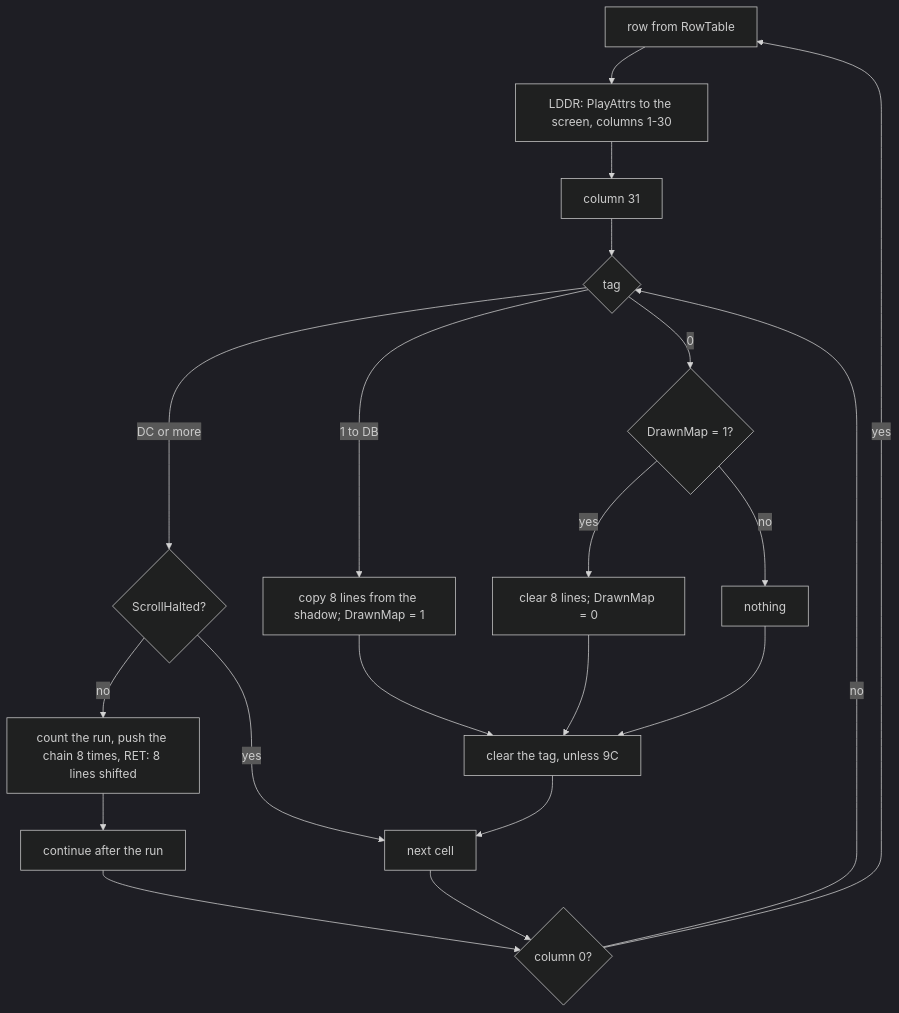
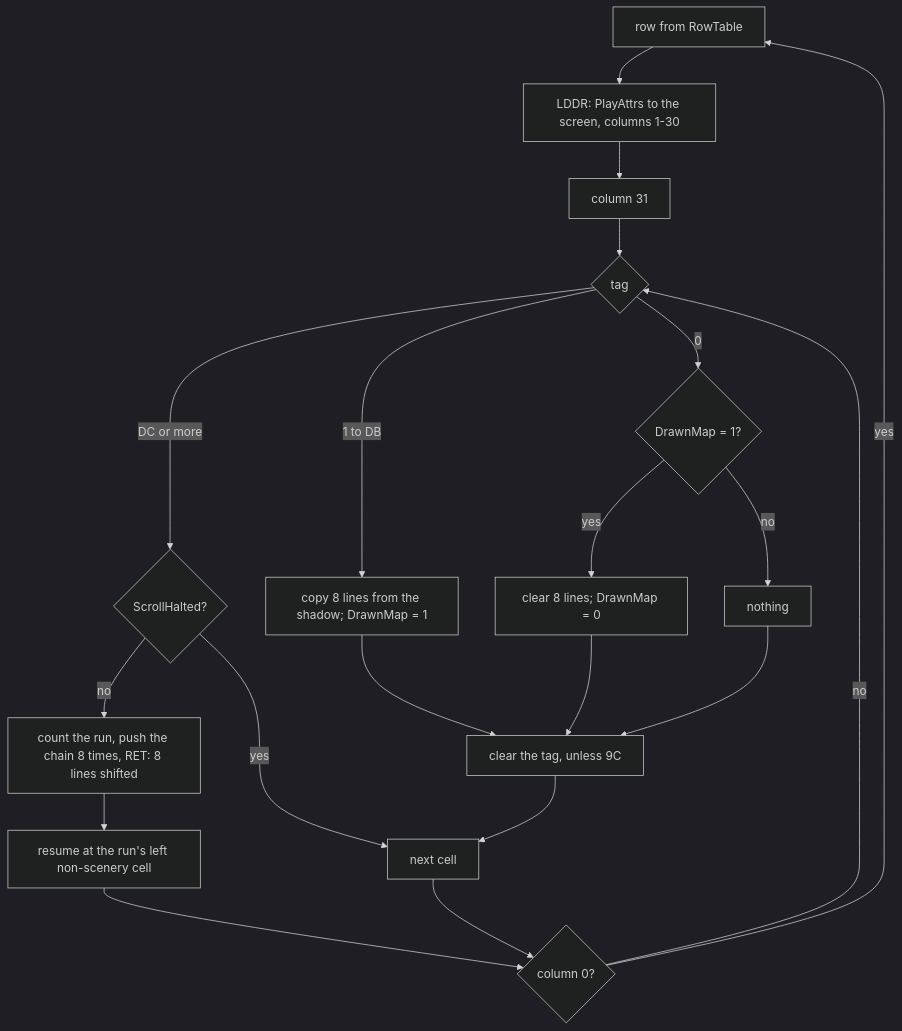
Before and after one commit to alfishe/unrealng-reverse-cases: the third of 5 diagrams in games/r-type/docs/06-rendering.md, drawn with Mermaid (dark theme). The commit also changed other lines of this file and 31 other files, not shown here.

````diff
--- a/games/r-type/docs/06-rendering.md
+++ b/games/r-type/docs/06-rendering.md
@@ -534,22 +534,22 @@
 ```mermaid
 flowchart TD
     R["row from RowTable"] --> A["LDDR: PlayAttrs to the screen, columns 1-30"]
     A --> C["column 31"]
     C --> T{"tag"}
     T -->|"DC or more"| H{"ScrollHalted?"}
     H -->|"no"| S["count the run, push the chain 8 times, RET: 8 lines shifted"]
     H -->|"yes"| N["next cell"]
-    S --> N2["continue after the run"]
+    S --> N2["resume at the run's left non-scenery cell"]
     T -->|"1 to DB"| CP["copy 8 lines from the shadow; DrawnMap = 1"]
     T -->|"0"| D{"DrawnMap = 1?"}
     D -->|"yes"| E["clear 8 lines; DrawnMap = 0"]
     D -->|"no"| K["nothing"]
     CP --> Z["clear the tag, unless 9C"]
     E --> Z
     K --> Z
     Z --> N
     N --> L{"column 0?"}
     N2 --> L
     L -->|"no"| T
     L -->|"yes"| R
 ```
````
